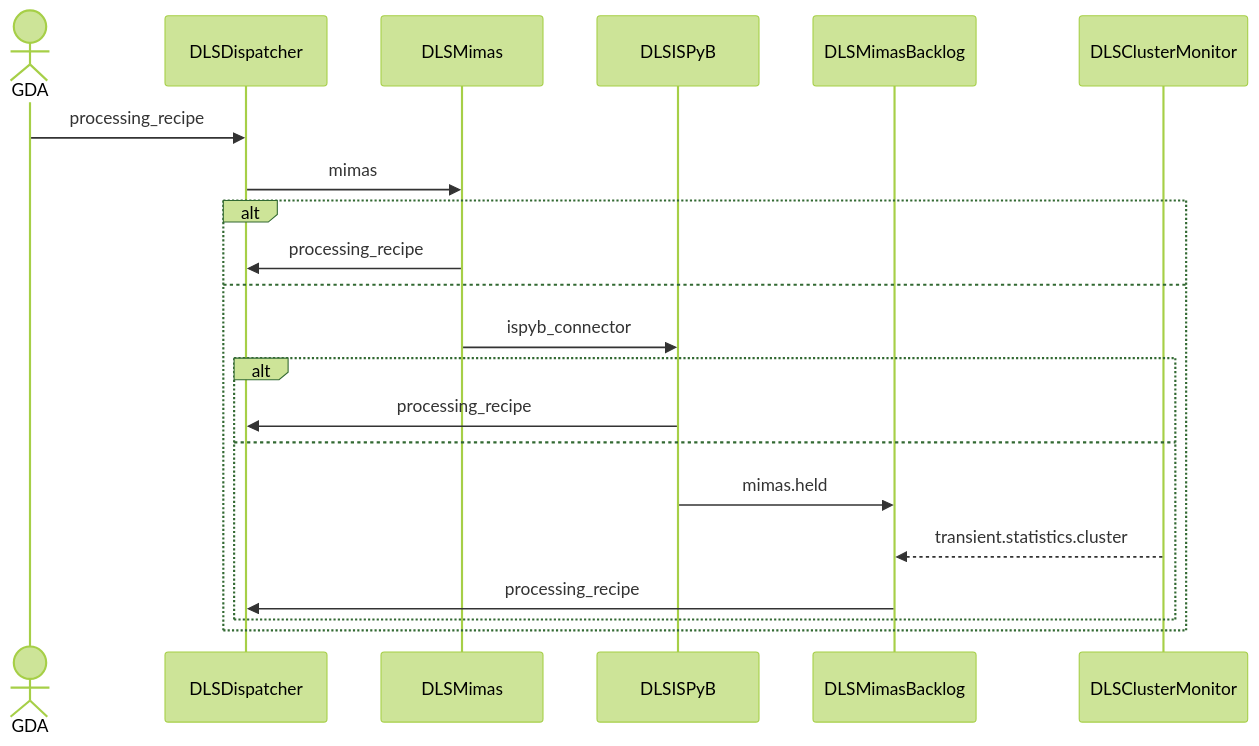
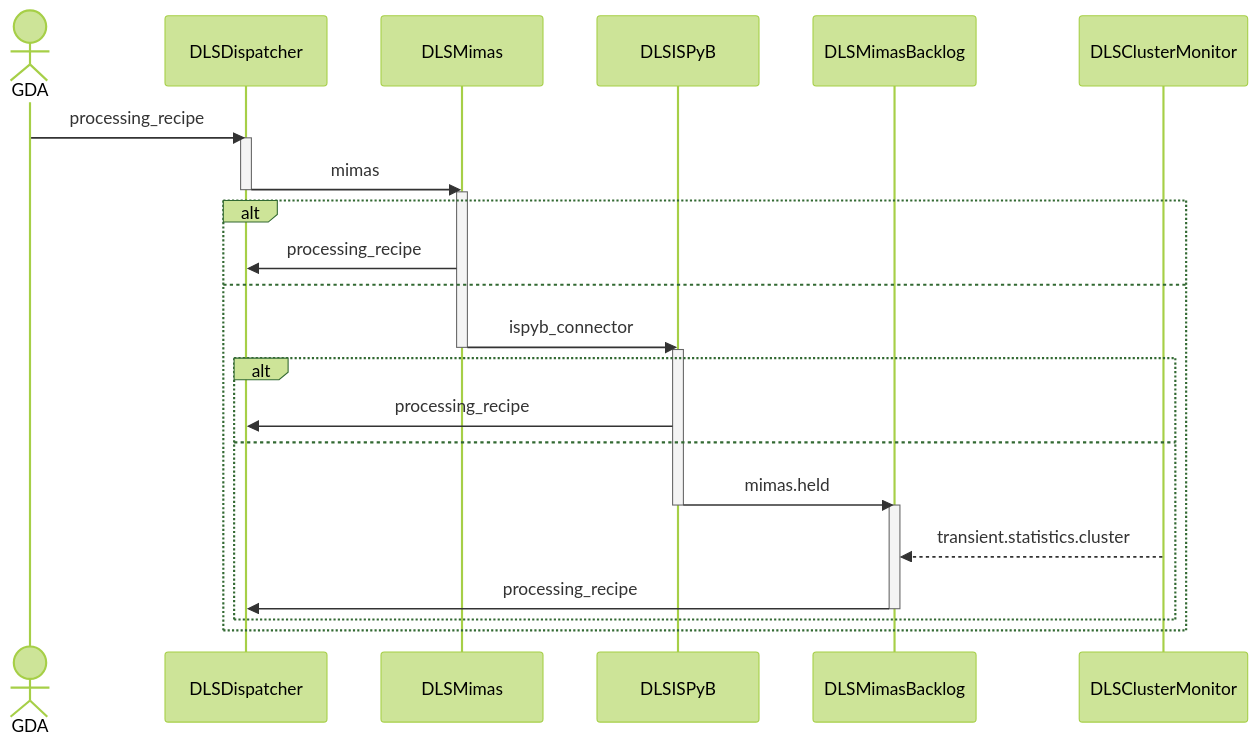
The diagram in doc/zocalo/mimas.md (DiamondLightSource/python-dlstbx), drawn with Mermaid (forest theme) before and after one commit.

Commit message:
Use activations

````diff
--- a/doc/zocalo/mimas.md
+++ b/doc/zocalo/mimas.md
@@ -3,23 +3,31 @@
 ```mermaid
 sequenceDiagram
     actor gda as GDA
     participant dispatcher as DLSDispatcher
     participant mimas as DLSMimas
     participant ispybsvc as DLSISPyB
     participant backlog as DLSMimasBacklog
     participant cluster as DLSClusterMonitor
     gda->>dispatcher: processing_recipe
+    activate dispatcher
     dispatcher->>mimas: mimas
+    deactivate dispatcher
+    activate mimas
     alt
         mimas->>dispatcher: processing_recipe
     else
         mimas->>ispybsvc: ispyb_connector
+        deactivate mimas
+        activate ispybsvc
         alt
             ispybsvc->>dispatcher: processing_recipe
         else
             ispybsvc->>backlog: mimas.held
+            deactivate ispybsvc
+            activate backlog
             cluster-->>backlog: transient.statistics.cluster
             backlog->>dispatcher: processing_recipe
+            deactivate backlog
         end
     end
 ```
````
